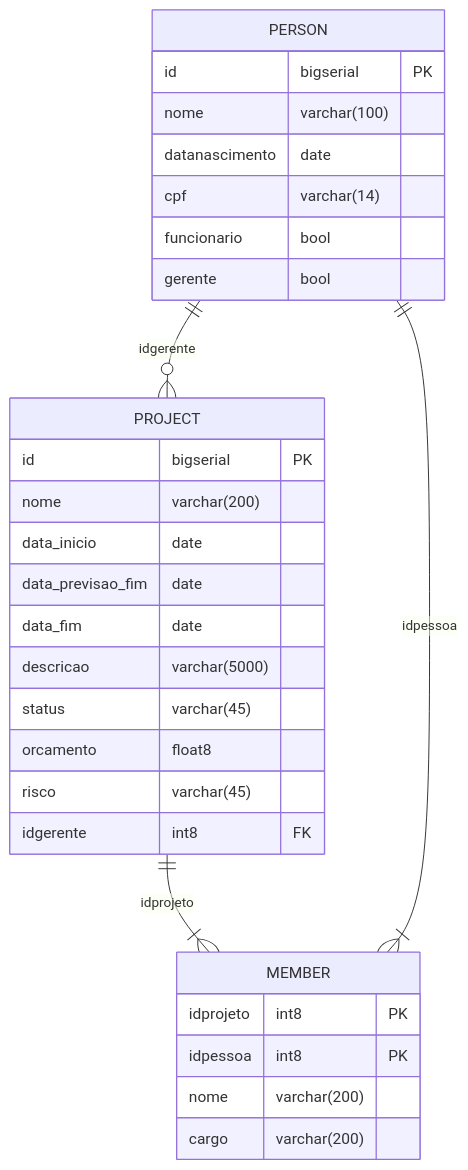
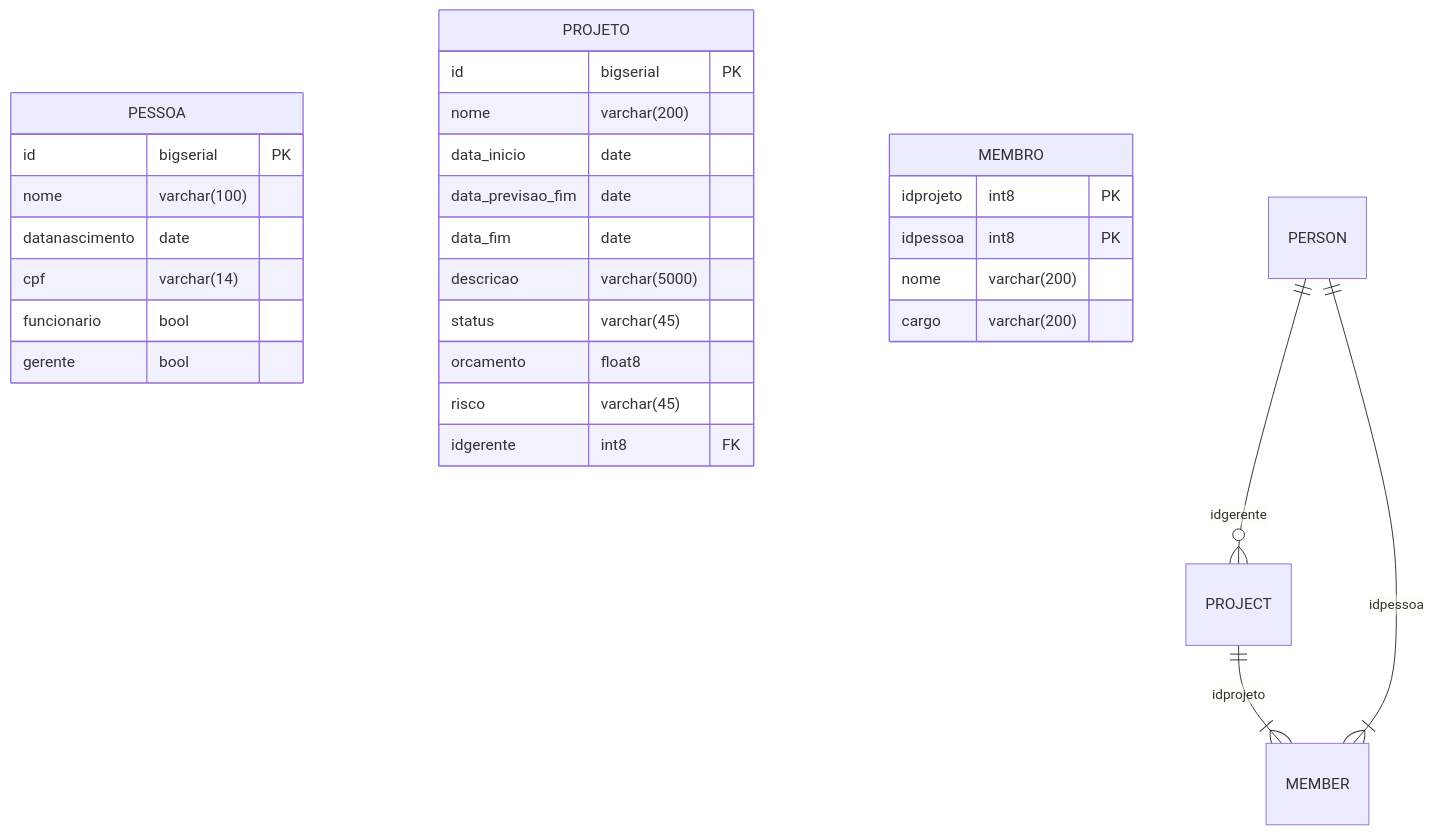
The diagram in README.md (w3builder/projectmanagement), drawn with Mermaid before and after one commit.

````diff
--- a/README.md
+++ b/README.md
@@ -44,36 +44,36 @@
 ```mermaid
 
 erDiagram
-    PERSON {
+    PESSOA {
         id bigserial PK
         nome varchar(100)
         datanascimento date
         cpf varchar(14)
         funcionario bool
         gerente bool
     }
     
-    PROJECT {
+    PROJETO {
         id bigserial PK
         nome varchar(200)
         data_inicio date
         data_previsao_fim date
         data_fim date
         descricao varchar(5000)
         status varchar(45)
         orcamento float8
         risco varchar(45)
         idgerente int8 FK
     }
     
-    MEMBER {
+    MEMBRO {
         idprojeto int8 PK
         idpessoa int8 PK
         nome varchar(200)
         cargo varchar(200)
     }
 
     PERSON ||--o{ PROJECT : "idgerente"
     PROJECT ||--|{ MEMBER : "idprojeto"
     PERSON ||--|{ MEMBER : "idpessoa"
 ```
````
